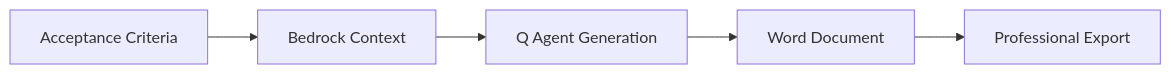
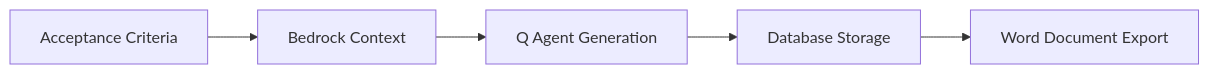
Before and after one commit to ram-020998/nexus-gen-v2: the third of 5 diagrams in README.md, drawn with Mermaid. The commit also changed other lines of this file and 51 other files, not shown here.

````diff
--- a/README.md
+++ b/README.md
@@ -89,7 +99,7 @@
 ```mermaid
 graph LR
     A[Acceptance Criteria] --> B[Bedrock Context]
     B --> C[Q Agent Generation]
-    C --> D[Word Document]
-    D --> E[Professional Export]
+    C --> D[Database Storage]
+    D --> E[Word Document Export]
 ```
````
